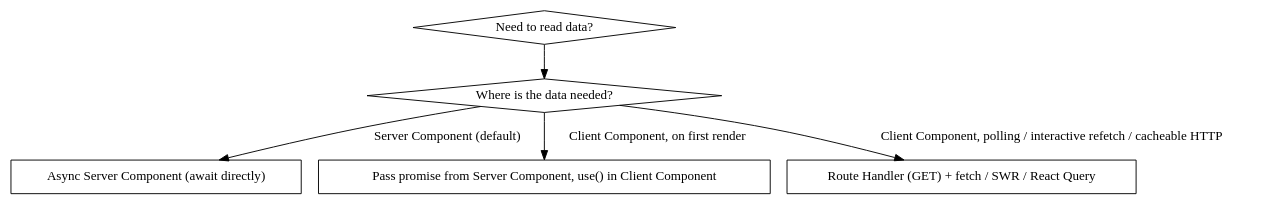
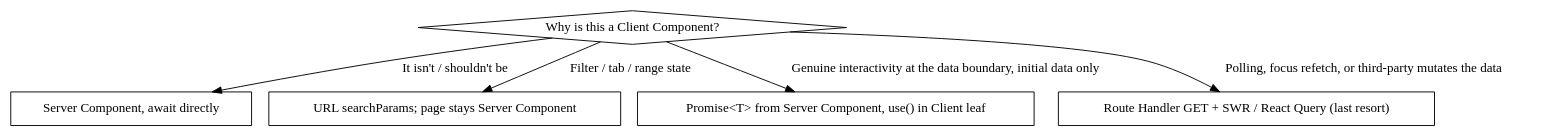
The diagram in skills/nextjs-data-fetching/SKILL.md (lusentis/next-skills), drawn with Graphviz before and after one commit. The commit also changed other lines of this file, not shown here.

First line of the commit message:
fix(nextjs-data-fetching): demote SWR to last-resort, add explicit migration ladder

````diff
--- a/skills/nextjs-data-fetching/SKILL.md
+++ b/skills/nextjs-data-fetching/SKILL.md
@@ -59,14 +61,14 @@
 ```dot
 digraph data_fetching {
-  "Need to read data?" [shape=diamond];
-  "Where is the data needed?" [shape=diamond];
-  "Async Server Component (await directly)" [shape=box];
-  "Pass promise from Server Component, use() in Client Component" [shape=box];
-  "Route Handler (GET) + fetch / SWR / React Query" [shape=box];
+  "Why is this a Client Component?" [shape=diamond];
+  "Server Component, await directly" [shape=box];
+  "URL searchParams; page stays Server Component" [shape=box];
+  "Promise<T> from Server Component, use() in Client leaf" [shape=box];
+  "Route Handler GET + SWR / React Query (last resort)" [shape=box];
 
-  "Need to read data?" -> "Where is the data needed?";
-  "Where is the data needed?" -> "Async Server Component (await directly)" [label="Server Component (default)"];
-  "Where is the data needed?" -> "Pass promise from Server Component, use() in Client Component" [label="Client Component, on first render"];
-  "Where is the data needed?" -> "Route Handler (GET) + fetch / SWR / React Query" [label="Client Component, polling / interactive refetch / cacheable HTTP"];
+  "Why is this a Client Component?" -> "Server Component, await directly" [label="It isn't / shouldn't be"];
+  "Why is this a Client Component?" -> "URL searchParams; page stays Server Component" [label="Filter / tab / range state"];
+  "Why is this a Client Component?" -> "Promise<T> from Server Component, use() in Client leaf" [label="Genuine interactivity at the data boundary, initial data only"];
+  "Why is this a Client Component?" -> "Route Handler GET + SWR / React Query (last resort)" [label="Polling, focus refetch, or third-party mutates the data"];
 }
 ```
````
